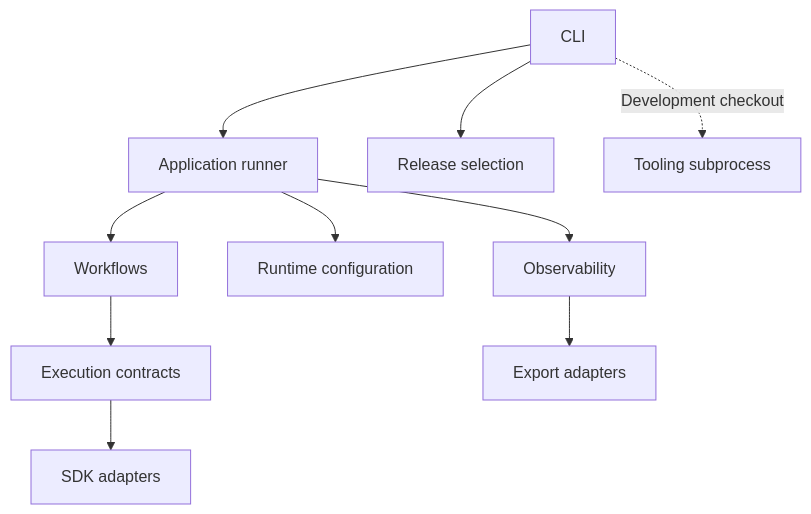
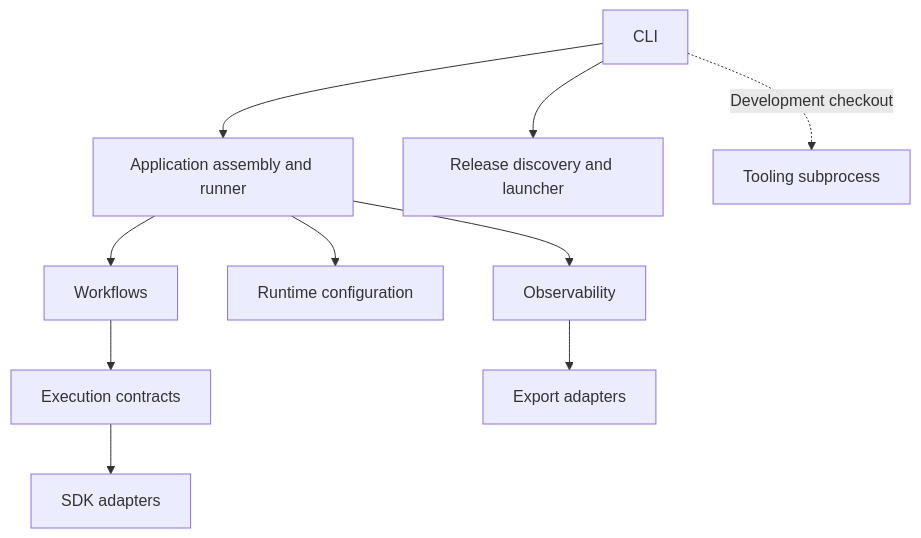
Before and after one commit to SharonLanger/agent-playbook: the diagram in designs/project-structure.md, drawn with Mermaid. The commit also changed other lines of this file and 39 other files, not shown here.

First line of the commit message:
refactor: separate runtime assembly and release launching

````diff
--- a/designs/project-structure.md
+++ b/designs/project-structure.md
@@ -76,12 +82,12 @@
 ```mermaid
 flowchart TD
-    CLI[CLI] --> APP[Application runner]
-    CLI --> REL[Release selection]
+    CLI[CLI] --> APP[Application assembly and runner]
+    CLI --> REL[Release discovery and launcher]
     CLI -. Development checkout .-> TOOLS[Tooling subprocess]
     APP --> WF[Workflows]
     APP --> CFG[Runtime configuration]
     WF --> EXEC[Execution contracts]
     EXEC --> SDK[SDK adapters]
     APP --> OBS[Observability]
     OBS --> EXPORT[Export adapters]
 ```
````
